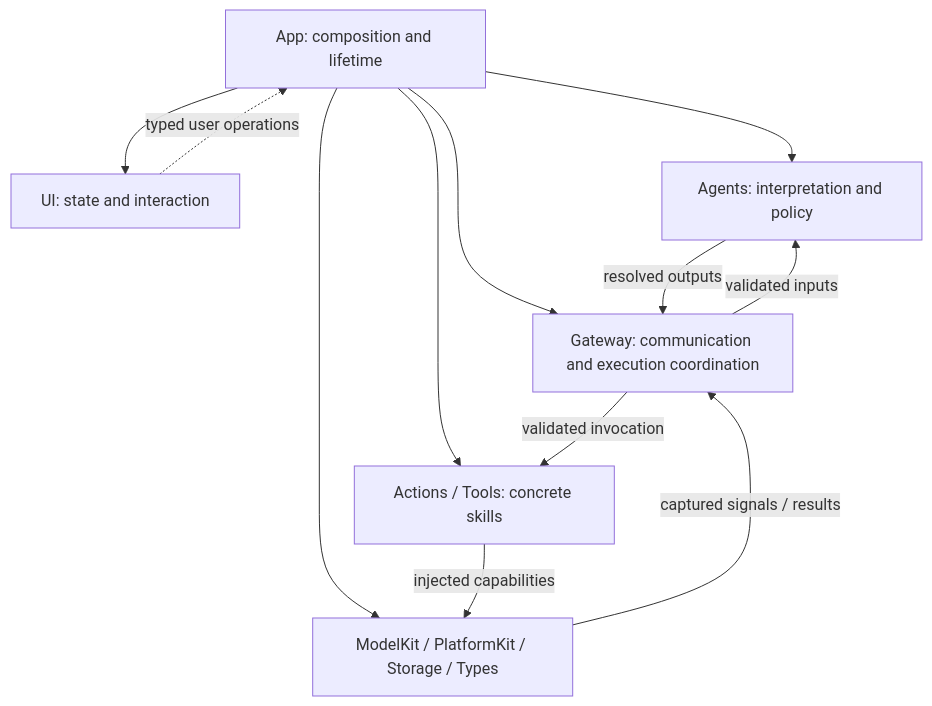
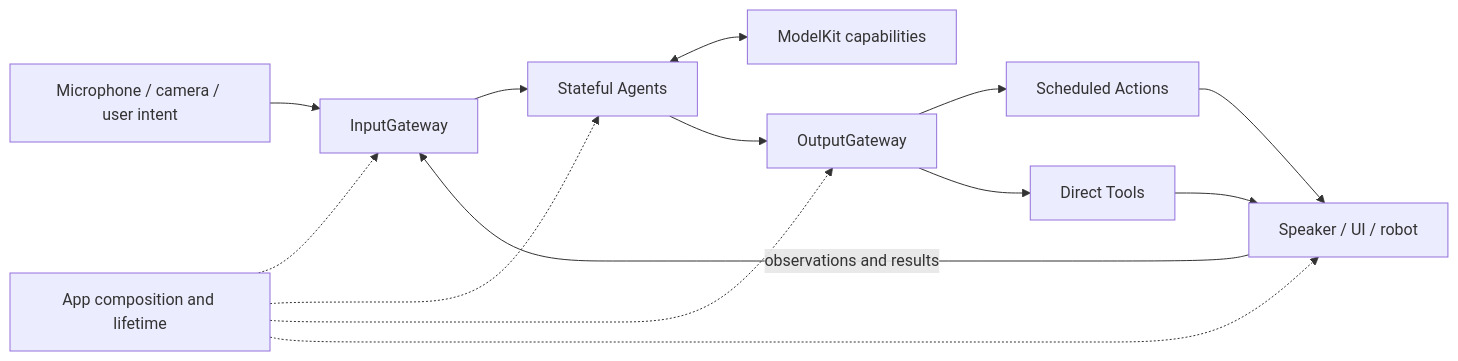
The first of 12 diagrams in MobileHarness/README.md (devilyouwei/MobileHarness), drawn with Mermaid before and after one commit. The commit also changed other lines of this file, not shown here.

Commit message:
docs: refocus MobileHarness architecture guide

````diff
--- a/MobileHarness/README.md
+++ b/MobileHarness/README.md
@@ -24,14 +30,16 @@
 ```mermaid
-flowchart TB
-    App[App: composition and lifetime] --> UI[UI: state and interaction]
-    App --> Cognition[Agents: interpretation and policy]
-    App --> Gateway[Gateway: communication and execution coordination]
-    App --> Behaviors[Actions / Tools: concrete skills]
-    App --> Foundations[ModelKit / PlatformKit / Storage / Types]
-    UI -. typed user operations .-> App
-    Cognition -->|resolved outputs| Gateway
-    Gateway -->|validated invocation| Behaviors
-    Behaviors -->|injected capabilities| Foundations
-    Foundations -->|captured signals / results| Gateway
-    Gateway -->|validated inputs| Cognition
+flowchart LR
+    Signals[Microphone / camera / user intent] --> Input[InputGateway]
+    Input --> Agents[Stateful Agents]
+    Agents <--> Models[ModelKit capabilities]
+    Agents --> Output[OutputGateway]
+    Output --> Actions[Scheduled Actions]
+    Output --> Tools[Direct Tools]
+    Actions --> Effects[Speaker / UI / robot]
+    Tools --> Effects
+    Effects -->|observations and results| Input
+    App[App composition and lifetime] -.-> Input
+    App -.-> Agents
+    App -.-> Output
+    App -.-> Effects
 ```
````
